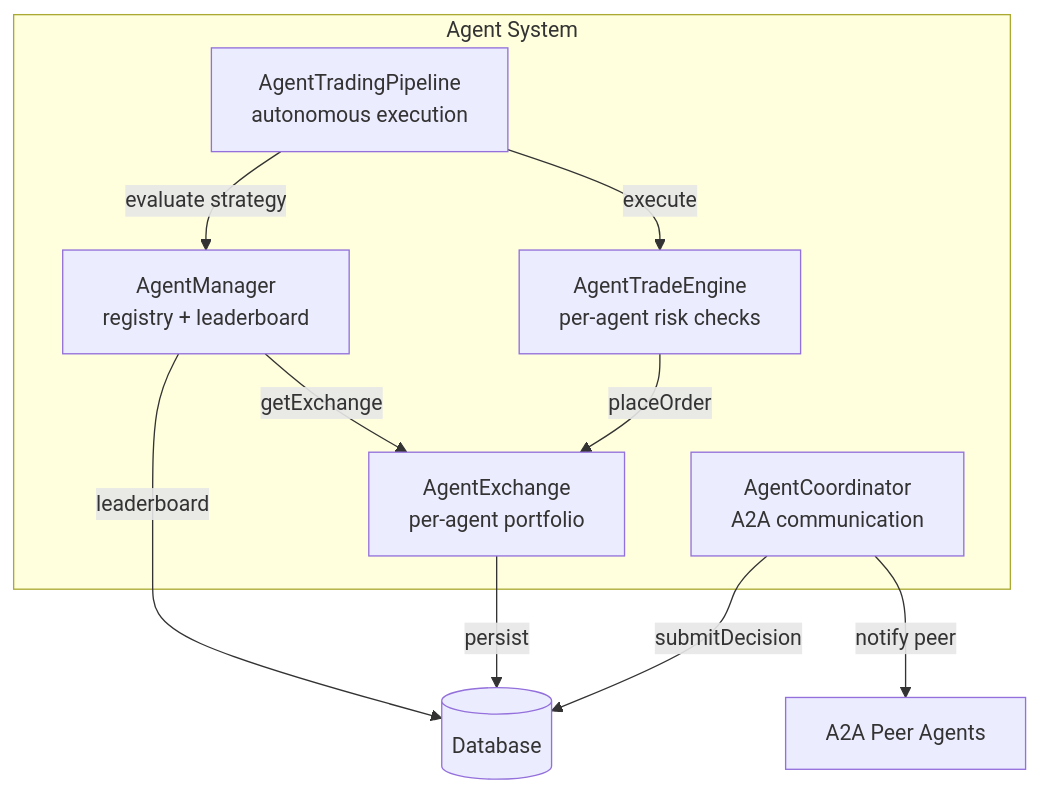
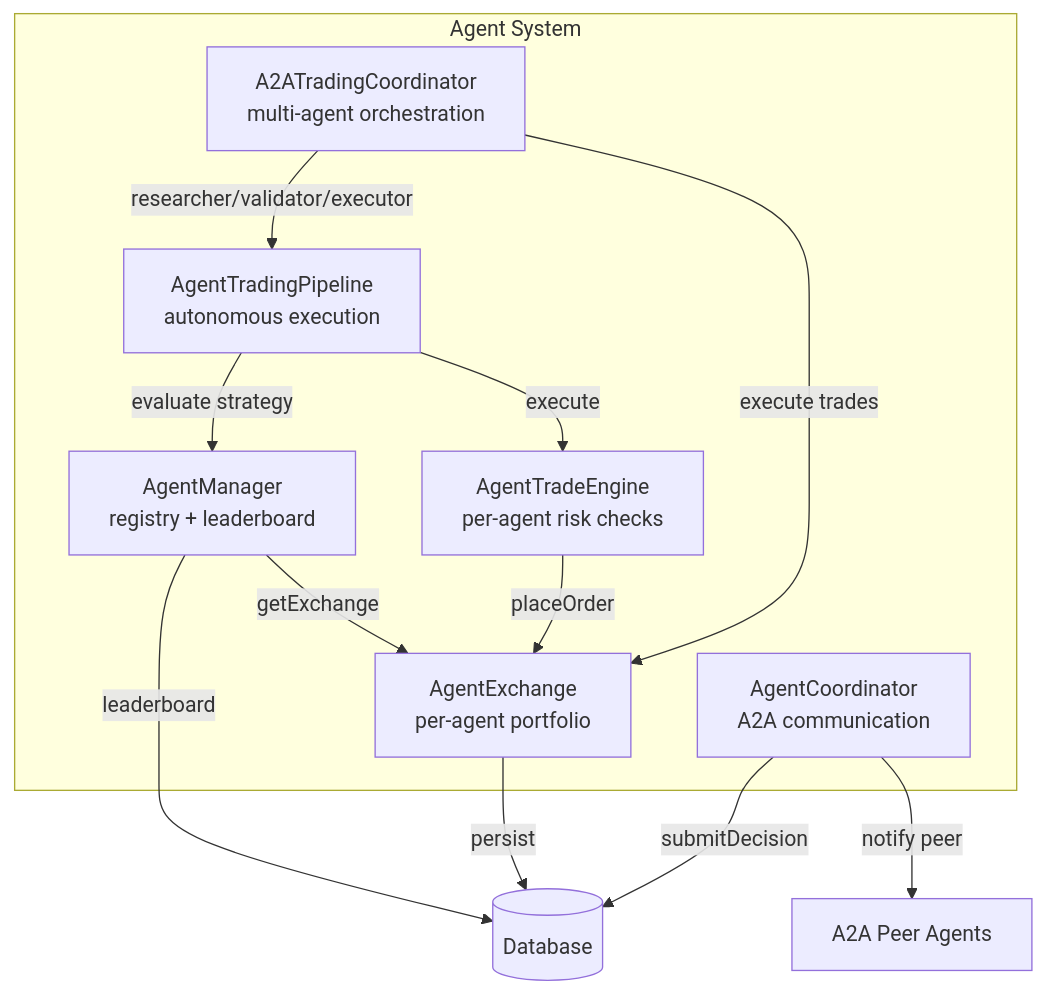
One commit to cwdcwd/doomtrade changed the first of 5 diagrams in docs/AGENTS.md. Above: the diagram before and after it, drawn with Mermaid. The commit also changed other lines of this file and 5 other files, not shown here.

First line of the commit message:
docs: update for Doombot changes - A2ATradingCoordinator, ctx.exchange, fractional shares

````diff
--- a/docs/AGENTS.md
+++ b/docs/AGENTS.md
@@ -9,22 +9,25 @@
 ```mermaid
 graph TB
     subgraph "Agent System"
         MGR[AgentManager<br/>registry + leaderboard]
         EXCH[AgentExchange<br/>per-agent portfolio]
         ENGINE[AgentTradeEngine<br/>per-agent risk checks]
         PIPE[AgentTradingPipeline<br/>autonomous execution]
         COORD[AgentCoordinator<br/>A2A communication]
+        A2ACOORD[A2ATradingCoordinator<br/>multi-agent orchestration]
     end
 
     DB[(Database)]
     A2A[A2A Peer Agents]
 
     MGR -->|getExchange| EXCH
     MGR -->|leaderboard| DB
     ENGINE -->|placeOrder| EXCH
     EXCH -->|persist| DB
     PIPE -->|evaluate strategy| MGR
     PIPE -->|execute| ENGINE
     COORD -->|submitDecision| DB
     COORD -->|notify peer| A2A
+    A2ACOORD -->|researcher/validator/executor| PIPE
+    A2ACOORD -->|execute trades| EXCH
 ```
````
